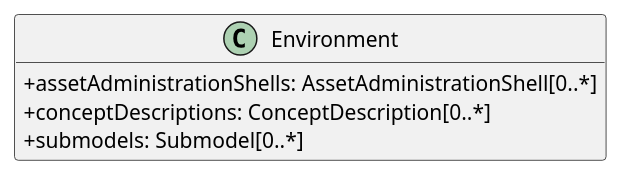
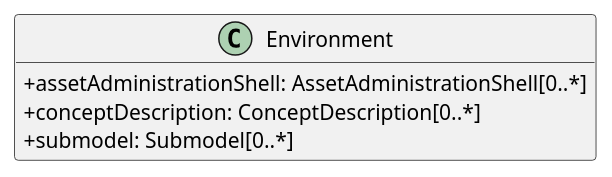
Before and after one commit to zrgt/py2puml: the diagram in output/classes/Environment.puml, drawn with PlantUML. The commit also changed 52 other files, not shown here.

```diff
--- a/output/classes/Environment.puml
+++ b/output/classes/Environment.puml
@@ -1,10 +1,10 @@
 @startuml
 skinparam classAttributeIconSize 0
 hide methods
 
 class Environment {
-  +assetAdministrationShells: AssetAdministrationShell[0..*] 
-  +conceptDescriptions: ConceptDescription[0..*] 
-  +submodels: Submodel[0..*] 
+  +assetAdministrationShell: AssetAdministrationShell[0..*] 
+  +conceptDescription: ConceptDescription[0..*] 
+  +submodel: Submodel[0..*] 
 }
 @enduml
```
